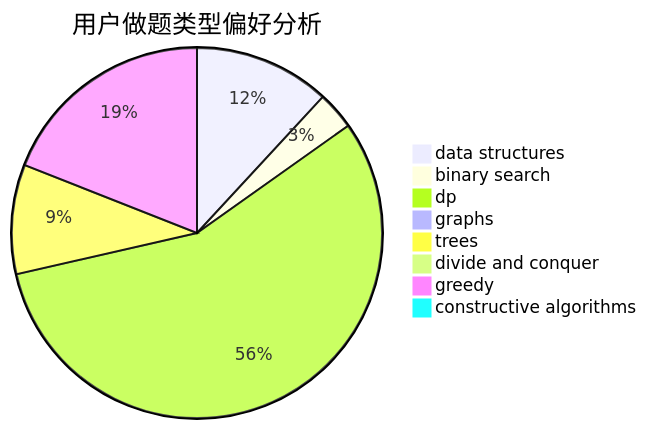
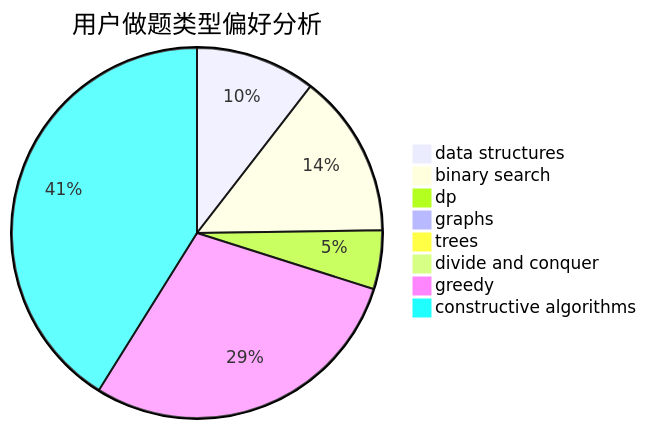
One commit to sherpahu/cfrs.github.io changed the second of 3 diagrams in docs/user/u2420.md. Above: the diagram before and after it, drawn with Mermaid. The commit also changed other lines of this file and 2770 other files, not shown here.

````diff
--- a/docs/user/u2420.md
+++ b/docs/user/u2420.md
@@ -23,11 +23,11 @@
 ```mermaid
 pie title 用户做题类型偏好分析
-    "data structures" :  133
-    "binary search" :  37
-    "dp" :  630
-    "graphs" :  5
-    "trees" :  107
-    "divide and conquer" :  0
-    "greedy" :  213
-    "constructive algorithms" :  10
+    "data structures" :  141
+    "binary search" :  192
+    "dp" :  69
+    "graphs" :  3
+    "trees" :  2
+    "divide and conquer" :  11
+    "greedy" :  390
+    "constructive algorithms" :  553
 ```
````
